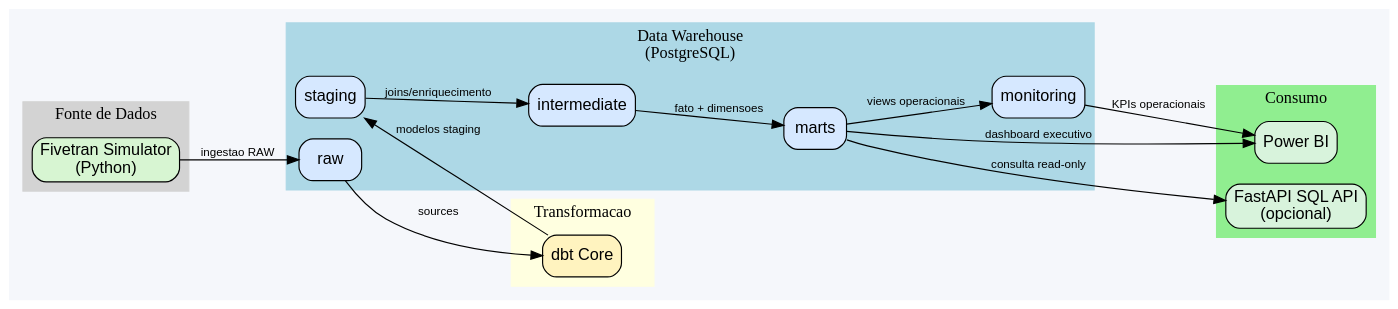
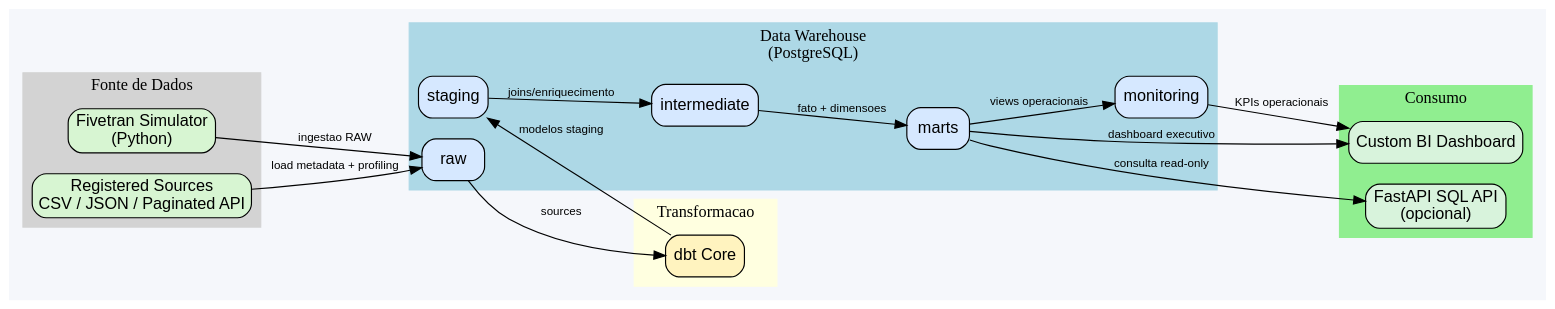
One commit to victorn198/data-pipeline-portfolio changed the diagram in docs/DATA_LINEAGE.md. Above: the diagram before and after it, drawn with Graphviz. The commit also changed other lines of this file and 80 other files, not shown here.

````diff
--- a/docs/DATA_LINEAGE.md
+++ b/docs/DATA_LINEAGE.md
@@ -7,55 +7,57 @@
 ```dot
 digraph G {
   bgcolor="#f5f7fb";
   rankdir="LR";
   node [shape=box, style="rounded,filled", fillcolor="#ffffff", fontname="Arial"];
   edge [fontname="Arial", fontsize=10];
 
   subgraph cluster_source {
     label="Fonte de Dados";
     style="filled";
     color="lightgrey";
     node [fillcolor="#d7f5d2"];
     sim [label="Fivetran Simulator\n(Python)"];
+    registry [label="Registered Sources\nCSV / JSON / Paginated API"];
   }
 
   subgraph cluster_dw {
     label="Data Warehouse\n(PostgreSQL)";
     style="filled";
     color="lightblue";
     node [fillcolor="#d6e8ff"];
     raw [label="raw"];
     staging [label="staging"];
     intermediate [label="intermediate"];
     marts [label="marts"];
     monitoring [label="monitoring"];
   }
 
   subgraph cluster_dbt {
     label="Transformacao";
     style="filled";
     color="lightyellow";
     node [fillcolor="#fff3bf"];
     dbt [label="dbt Core"];
   }
 
   subgraph cluster_consume {
     label="Consumo";
     style="filled";
     color="lightgreen";
     node [fillcolor="#d8f3dc"];
-    pbi [label="Power BI"];
+    bi [label="Custom BI Dashboard"];
     api [label="FastAPI SQL API\n(opcional)"];
   }
 
   sim -> raw [label="ingestao RAW"];
+  registry -> raw [label="load metadata + profiling"];
   raw -> dbt [label="sources"];
   dbt -> staging [label="modelos staging"];
   staging -> intermediate [label="joins/enriquecimento"];
   intermediate -> marts [label="fato + dimensoes"];
   marts -> monitoring [label="views operacionais"];
-  marts -> pbi [label="dashboard executivo"];
-  monitoring -> pbi [label="KPIs operacionais"];
+  marts -> bi [label="dashboard executivo"];
+  monitoring -> bi [label="KPIs operacionais"];
   marts -> api [label="consulta read-only"];
 }
 ```
````
